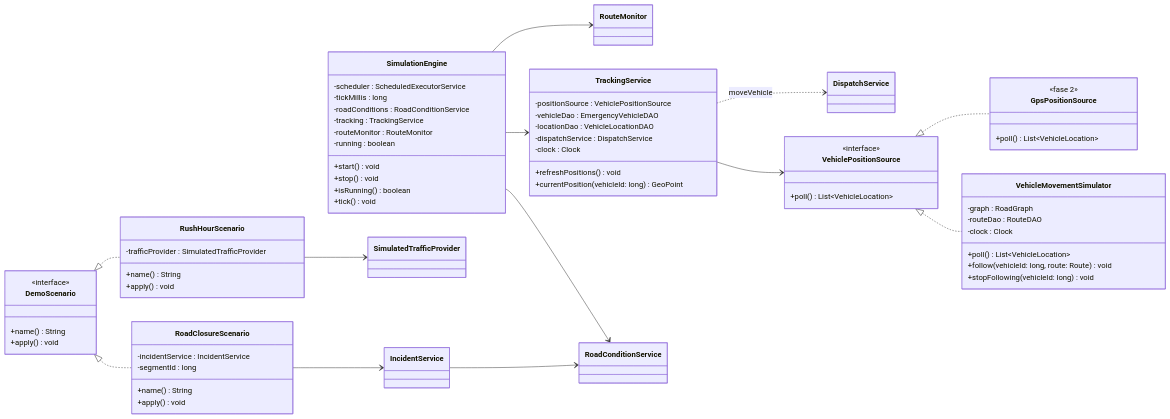
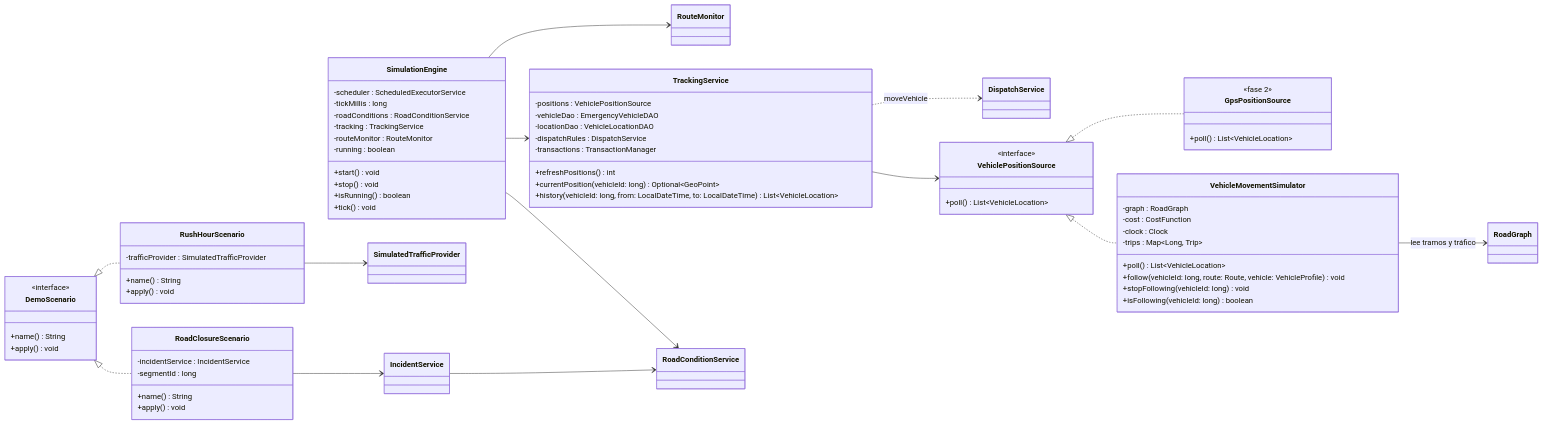
Diagram 19 of 24 in docs/class-diagram.md (afzabaleta/RutaVida), drawn with Mermaid before and after one commit. The commit also changed other lines of this file and 1 other file, not shown here.

Commit message:
docs: document-vehicle-tracking

````diff
--- a/docs/class-diagram.md
+++ b/docs/class-diagram.md
@@ -1487,13 +1487,14 @@
         +tick() void
     }
     class TrackingService {
-        -positionSource : VehiclePositionSource
+        -positions : VehiclePositionSource
         -vehicleDao : EmergencyVehicleDAO
         -locationDao : VehicleLocationDAO
-        -dispatchService : DispatchService
-        -clock : Clock
-        +refreshPositions() void
-        +currentPosition(vehicleId: long) GeoPoint
+        -dispatchRules : DispatchService
+        -transactions : TransactionManager
+        +refreshPositions() int
+        +currentPosition(vehicleId: long) Optional~GeoPoint~
+        +history(vehicleId: long, from: LocalDateTime, to: LocalDateTime) List~VehicleLocation~
     }
     class VehiclePositionSource {
         <<interface>>
@@ -1501,11 +1502,13 @@
     }
     class VehicleMovementSimulator {
         -graph : RoadGraph
-        -routeDao : RouteDAO
+        -cost : CostFunction
         -clock : Clock
+        -trips : Map~Long, Trip~
         +poll() List~VehicleLocation~
-        +follow(vehicleId: long, route: Route) void
+        +follow(vehicleId: long, route: Route, vehicle: VehicleProfile) void
         +stopFollowing(vehicleId: long) void
+        +isFollowing(vehicleId: long) boolean
     }
     class GpsPositionSource {
         <<fase 2>>
@@ -1529,6 +1532,7 @@
     }
     class RoadConditionService
     class IncidentService
+    class RoadGraph
     class SimulatedTrafficProvider
     class RouteMonitor
     class DispatchService
@@ -1543,6 +1547,7 @@
     SimulationEngine --> TrackingService
     SimulationEngine --> RouteMonitor
     TrackingService ..> DispatchService : moveVehicle
+    VehicleMovementSimulator --> RoadGraph : lee tramos y tráfico
     RoadClosureScenario --> IncidentService
     RushHourScenario --> SimulatedTrafficProvider
 ```
````
